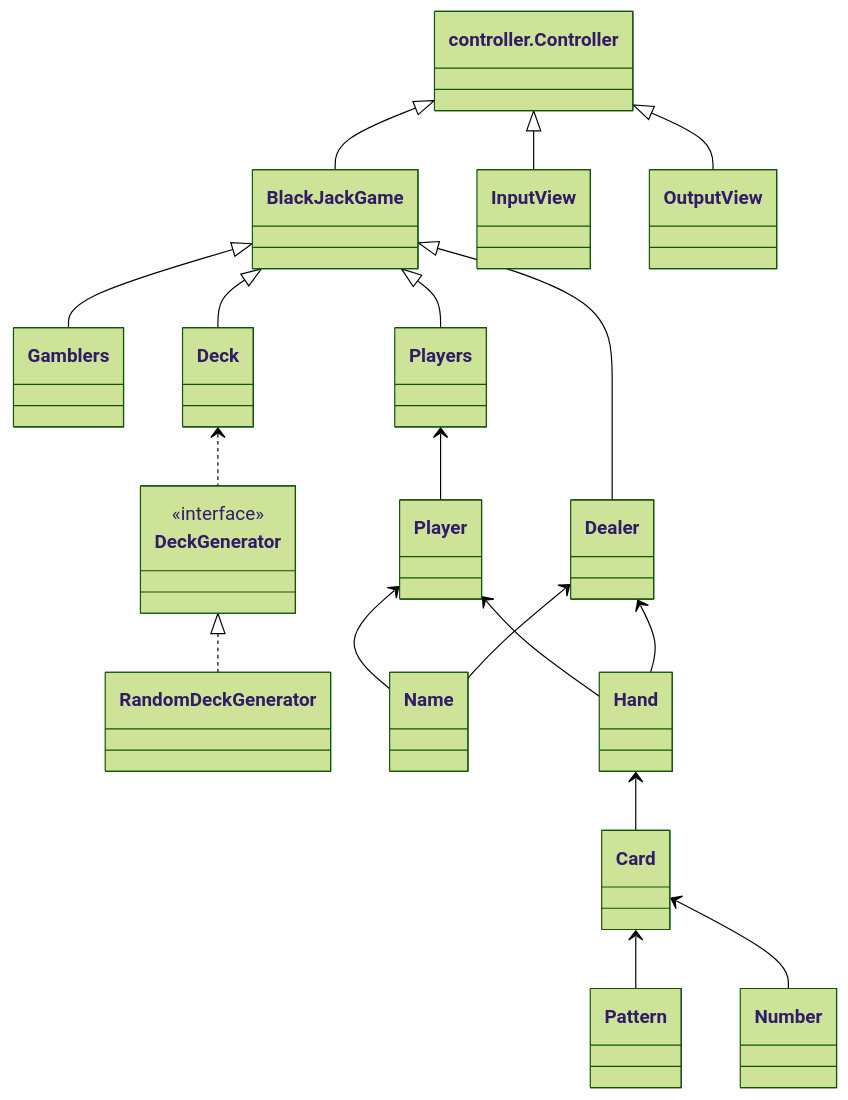
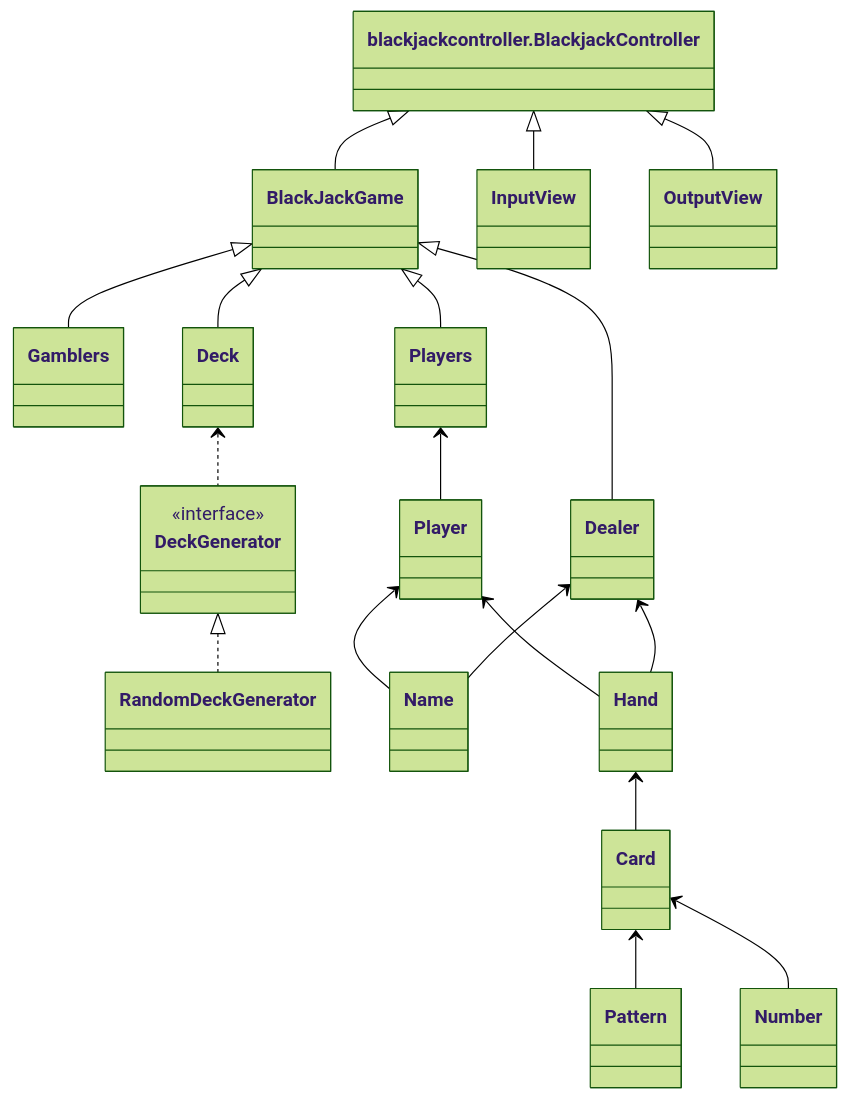
Before and after one commit to woowacourse/java-blackjack: the diagram in README.md, drawn with Mermaid (forest theme). The commit also changed 3 other files, not shown here.

Commit message:
refa: change package name controller -> blackjackcontroller

````diff
--- a/README.md
+++ b/README.md
@@ -11,21 +11,21 @@
 ```mermaid
 classDiagram
-  BlackJackGame <|-- Gamblers
-  BlackJackGame <|-- Deck
-  BlackJackGame <|-- Players
-  BlackJackGame <|-- Dealer
-  controller.Controller <|-- BlackJackGame
-  controller.Controller <|-- InputView
-  controller.Controller <|-- OutputView
-  Deck <.. DeckGenerator
-  <<interface>>DeckGenerator
-  DeckGenerator <|.. RandomDeckGenerator
-  Players <-- Player
-  Player <-- Name
-  Player <-- Hand
-  Dealer <-- Name
-  Dealer <-- Hand
-  Hand <-- Card
-  Card <-- Pattern
-  Card <-- Number
+    BlackJackGame <|-- Gamblers
+    BlackJackGame <|-- Deck
+    BlackJackGame <|-- Players
+    BlackJackGame <|-- Dealer
+blackjackcontroller.BlackjackController <|-- BlackJackGame
+blackjackcontroller.BlackjackController <|-- InputView
+blackjackcontroller.BlackjackController <|-- OutputView
+Deck <.. DeckGenerator
+<<interface>>DeckGenerator
+DeckGenerator <|.. RandomDeckGenerator
+Players <-- Player
+Player <-- Name
+Player <-- Hand
+Dealer <-- Name
+Dealer <-- Hand
+Hand <-- Card
+Card <-- Pattern
+Card <-- Number
 ```
````
